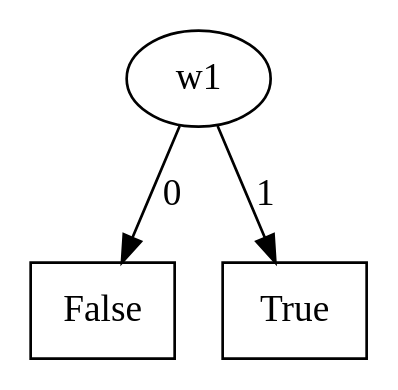
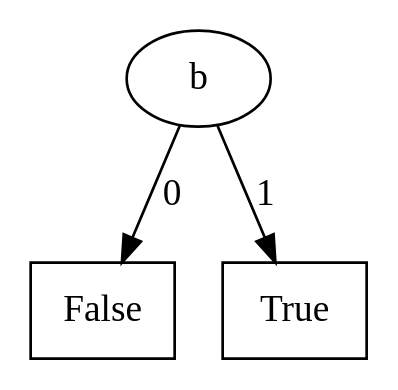
The diagram in Mu-calculus_model_checker/f1.dot (lputruele/tesis), drawn with Graphviz before and after one commit. The commit also changed 30 other files, not shown here.

```diff
--- a/Mu-calculus_model_checker/f1.dot
+++ b/Mu-calculus_model_checker/f1.dot
@@ -1,15 +1,15 @@
 digraph BDD {
 node[shape=oval];
-2[label="w1"];
+2[label="b"];
 node[shape=rectangle];
 0[label=False];
 node[shape=oval];
 
 2->0[label=0];
 node[shape=rectangle];
 1[label=True];
 node[shape=oval];
 
 2->1[label=1];
 
 }
```
